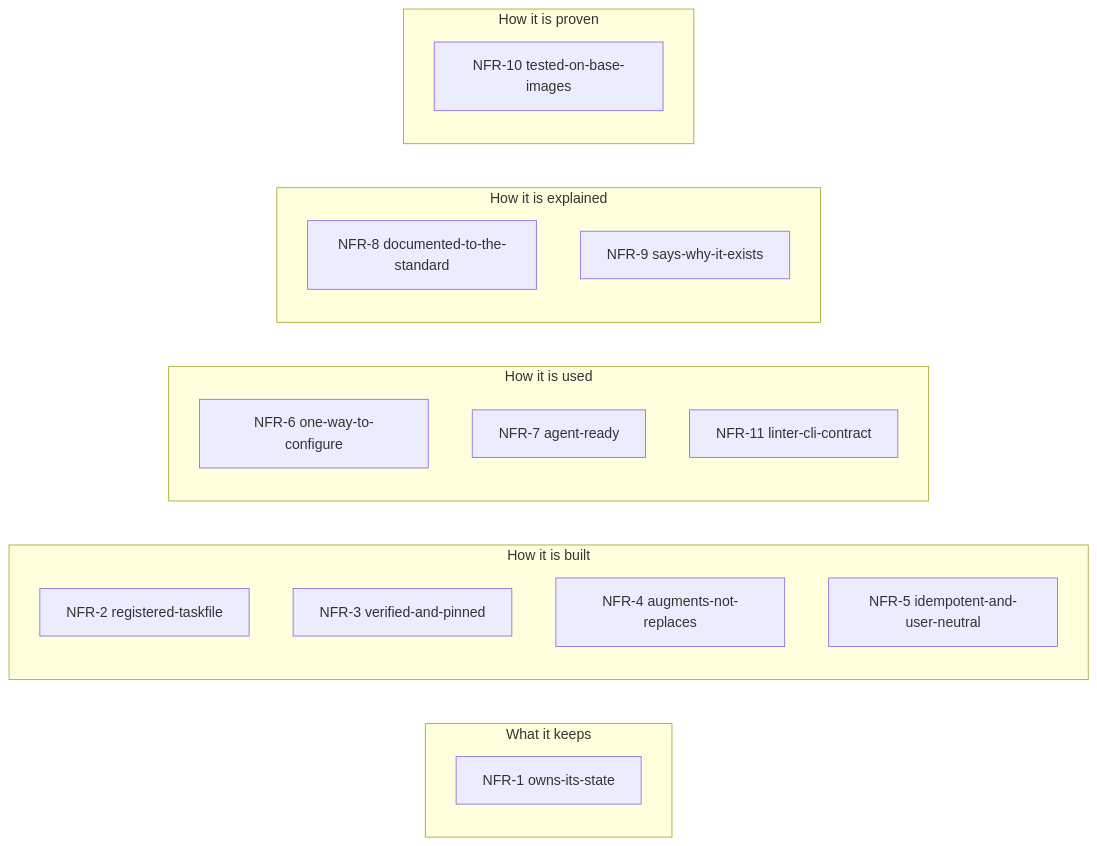
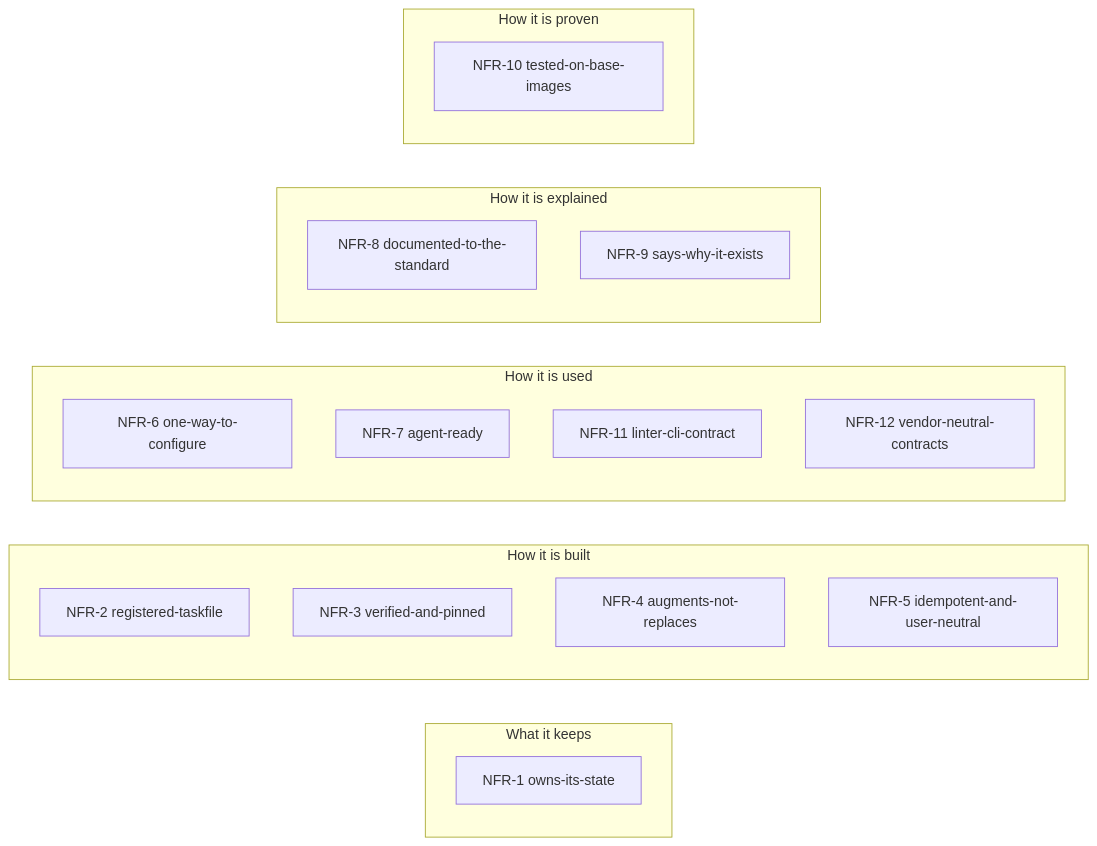
Before and after one commit to nabil-becker/devcontainer-features: the first of 3 diagrams in docs/principles/non-functional-requirements.md, drawn with Mermaid. The commit also changed other lines of this file and 1 other file, not shown here.

````diff
--- a/docs/principles/non-functional-requirements.md
+++ b/docs/principles/non-functional-requirements.md
@@ -13,24 +13,25 @@
 ```mermaid
 flowchart LR
   subgraph state["What it keeps"]
     nfr1["NFR-1 owns-its-state"]
   end
   subgraph built["How it is built"]
     nfr2["NFR-2 registered-taskfile"]
     nfr3["NFR-3 verified-and-pinned"]
     nfr4["NFR-4 augments-not-replaces"]
     nfr5["NFR-5 idempotent-and-user-neutral"]
   end
   subgraph used["How it is used"]
     nfr6["NFR-6 one-way-to-configure"]
     nfr7["NFR-7 agent-ready"]
     nfr11["NFR-11 linter-cli-contract"]
+    nfr12["NFR-12 vendor-neutral-contracts"]
   end
   subgraph told["How it is explained"]
     nfr8["NFR-8 documented-to-the-standard"]
     nfr9["NFR-9 says-why-it-exists"]
   end
   subgraph proved["How it is proven"]
     nfr10["NFR-10 tested-on-base-images"]
   end
 ```
````
